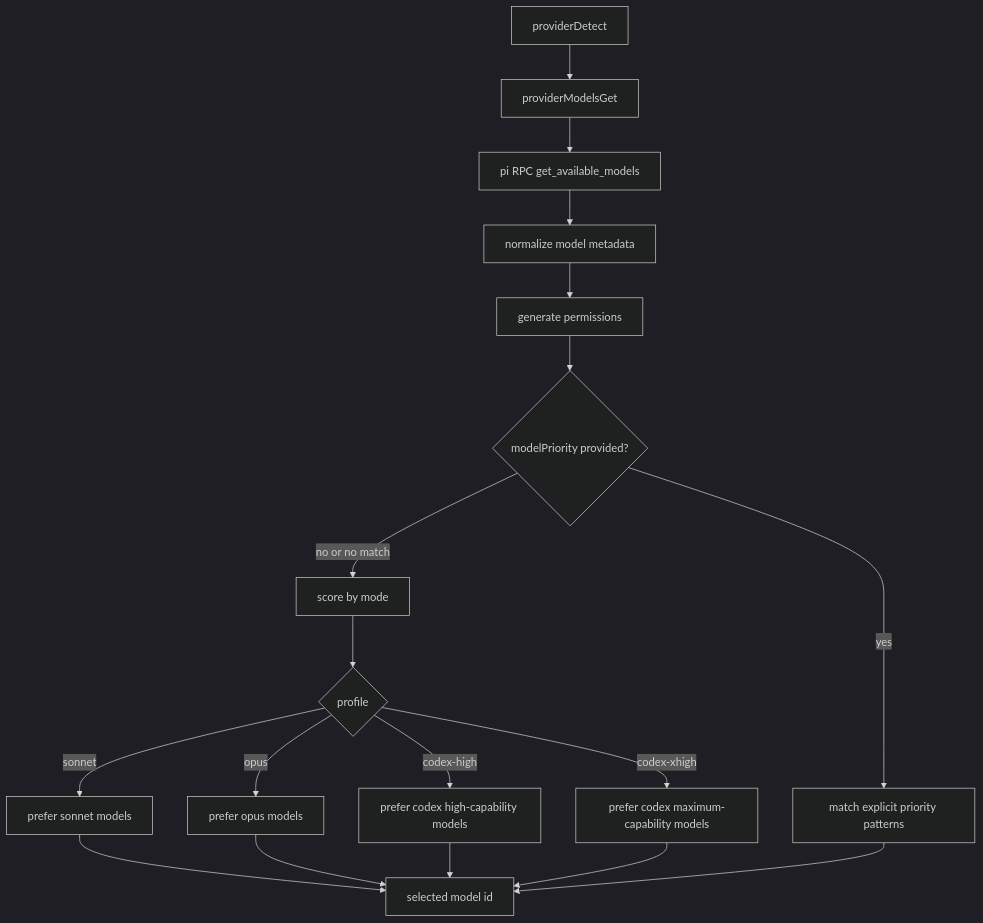
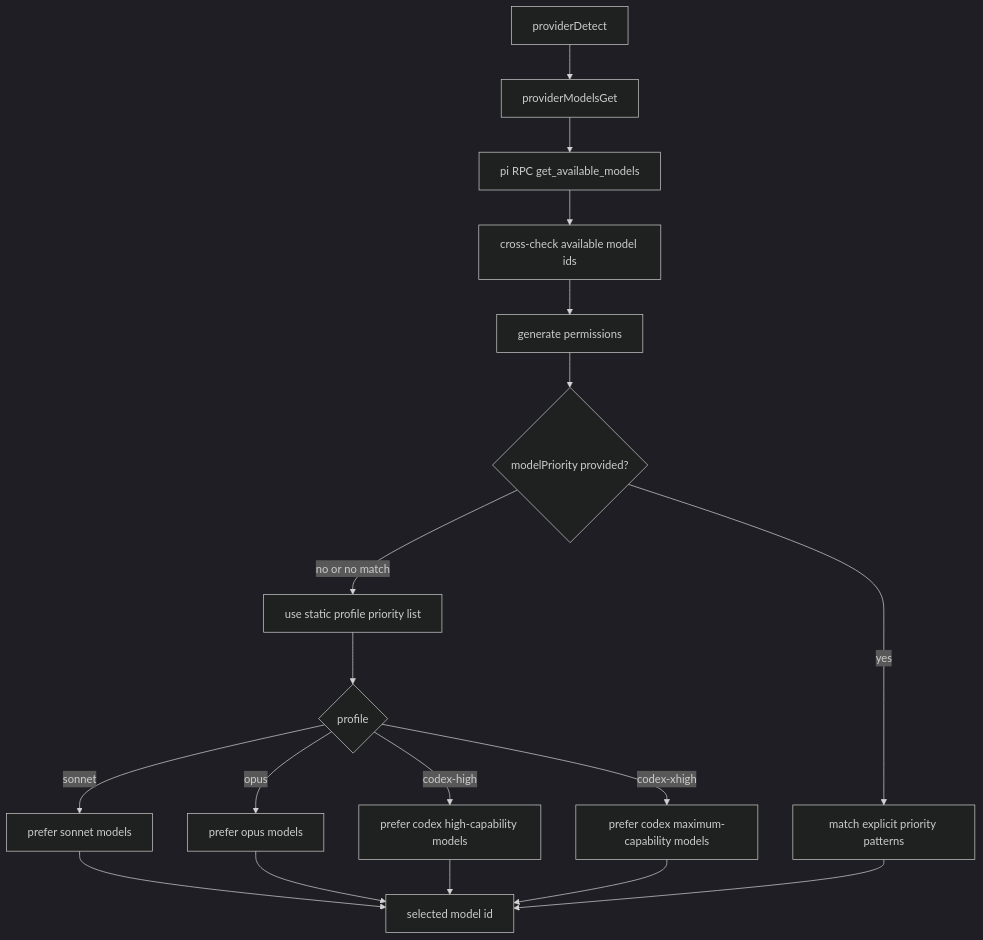
The diagram in doc/pi-model-selection-modes.md (ex3ndr/holdmybeer), drawn with Mermaid (dark theme) before and after one commit. The commit also changed other lines of this file and 3 other files, not shown here.

Commit message:
refactor(models): use static model priority lists

````diff
--- a/doc/pi-model-selection-modes.md
+++ b/doc/pi-model-selection-modes.md
@@ -7,20 +7,20 @@
 ```mermaid
 flowchart TD
   A[providerDetect] --> B[providerModelsGet]
   B --> C[pi RPC get_available_models]
-  C --> D[normalize model metadata]
+  C --> D[cross-check available model ids]
   D --> E[generate permissions]
   E --> F{modelPriority provided?}
   F -->|yes| G[match explicit priority patterns]
-  F -->|no or no match| H[score by mode]
+  F -->|no or no match| H[use static profile priority list]
   H --> I{profile}
   I -->|sonnet| J[prefer sonnet models]
   I -->|opus| K[prefer opus models]
   I -->|codex-high| L[prefer codex high-capability models]
   I -->|codex-xhigh| N[prefer codex maximum-capability models]
   J --> M[selected model id]
   K --> M
   L --> M
   N --> M
   G --> M
 ```
````
